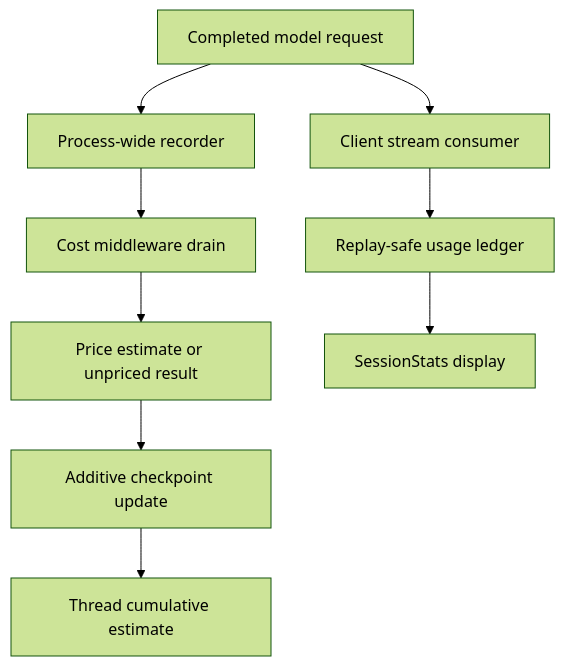
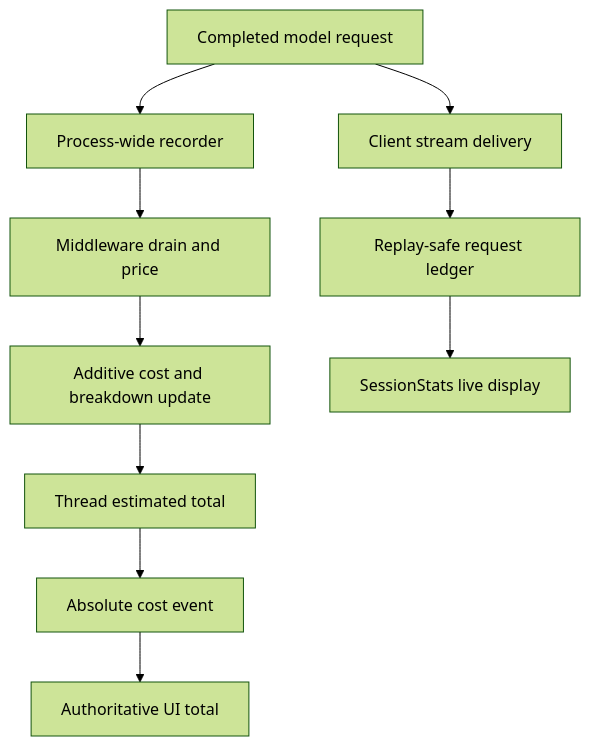
One commit to langchain-ai/deepagents changed the first of 3 diagrams in openwiki/operations/cost-and-sessions.md. Above: the diagram before and after it, drawn with Mermaid (forest theme). The commit also changed other lines of this file and 34 other files, not shown here.

````diff
--- a/openwiki/operations/cost-and-sessions.md
+++ b/openwiki/operations/cost-and-sessions.md
@@ -43,11 +57,12 @@
 ```mermaid
 flowchart TD
     request["Completed model request"] --> recorder["Process-wide recorder"]
-    recorder --> middleware["Cost middleware drain"]
-    middleware --> pricing["Price estimate or unpriced result"]
-    pricing --> checkpoint["Additive checkpoint update"]
-    checkpoint --> durable["Thread cumulative estimate"]
-    request --> stream["Client stream consumer"]
-    stream --> ledger["Replay-safe usage ledger"]
-    ledger --> stats["SessionStats display"]
+    recorder --> middleware["Middleware drain and price"]
+    middleware --> checkpoint["Additive cost and breakdown update"]
+    checkpoint --> durable["Thread estimated total"]
+    request --> stream["Client stream delivery"]
+    stream --> ledger["Replay-safe request ledger"]
+    ledger --> stats["SessionStats live display"]
+    durable --> event["Absolute cost event"]
+    event --> display["Authoritative UI total"]
 ```
````
